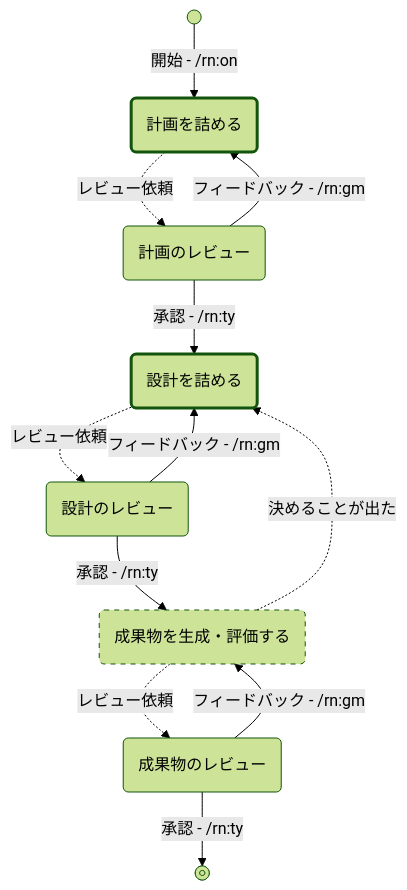
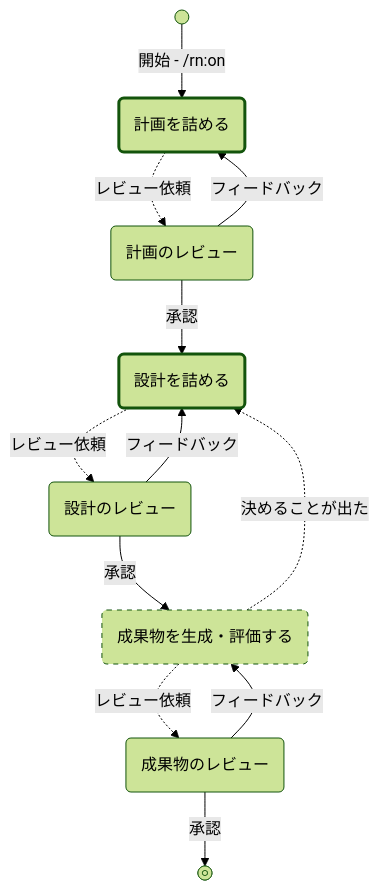
Before and after one commit to lovaizu/ccpm: the diagram in rn/README.md, drawn with Mermaid (forest theme).

Commit message:
docs(rn): README — only the start names its command in the diagram; the rest stay single words

````diff
--- a/rn/README.md
+++ b/rn/README.md
@@ -22,27 +22,27 @@
 ```mermaid
 flowchart TD
     S@{ shape: sm-circ }
     PlanTalk("計画を詰める")
     Plan("計画のレビュー")
     DesignTalk("設計を詰める")
     Design("設計のレビュー")
     Make("成果物を生成・評価する")
     Deliverable("成果物のレビュー")
     E@{ shape: fr-circ }
 
     S -->|"開始 - /rn:on"| PlanTalk
     PlanTalk -.->|レビュー依頼| Plan
-    Plan -->|"フィードバック - /rn:gm"| PlanTalk
-    Plan -->|"承認 - /rn:ty"| DesignTalk
+    Plan -->|フィードバック| PlanTalk
+    Plan -->|承認| DesignTalk
     DesignTalk -.->|レビュー依頼| Design
-    Design -->|"フィードバック - /rn:gm"| DesignTalk
-    Design -->|"承認 - /rn:ty"| Make
+    Design -->|フィードバック| DesignTalk
+    Design -->|承認| Make
     Make -.->|決めることが出た| DesignTalk
     Make -.->|レビュー依頼| Deliverable
-    Deliverable -->|"フィードバック - /rn:gm"| Make
-    Deliverable -->|"承認 - /rn:ty"| E
+    Deliverable -->|フィードバック| Make
+    Deliverable -->|承認| E
 
     style Make stroke-dasharray: 5 5
     style PlanTalk stroke-width: 3px
     style DesignTalk stroke-width: 3px
 ```
````
